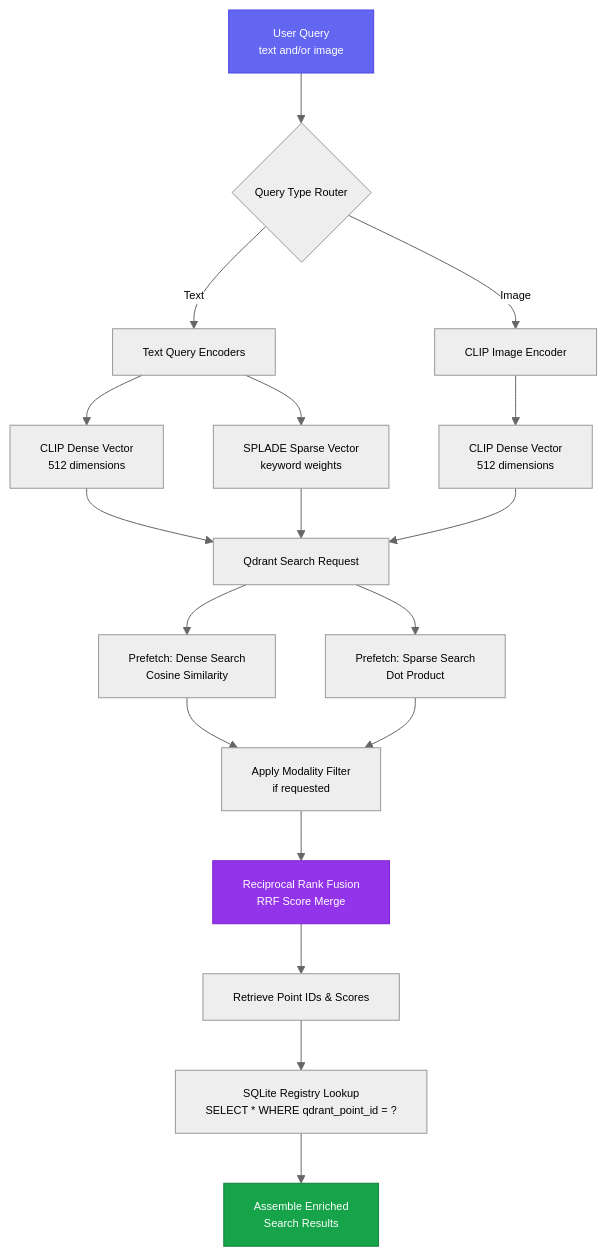
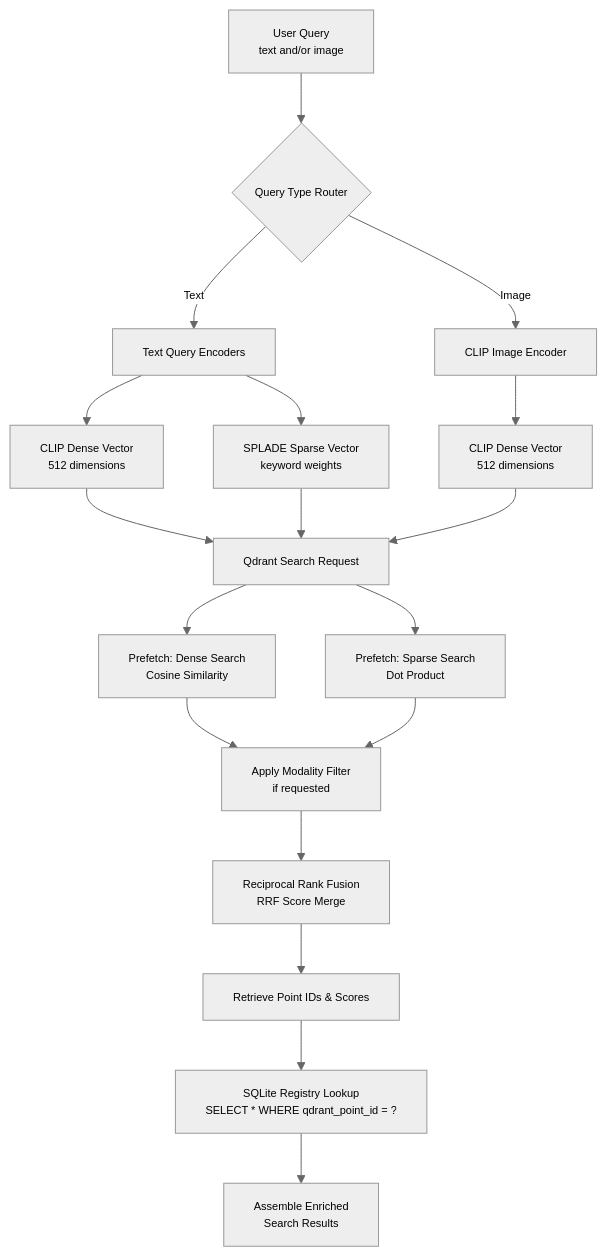
The second of 4 diagrams in workflow/pipeline_flow.md (the-write-path-code/ch06-multimodal-perception), drawn with Mermaid before and after one commit. The commit also changed other lines of this file, not shown here.

First line of the commit message:
Remove styling details from pipeline_flow.md

````diff
--- a/workflow/pipeline_flow.md
+++ b/workflow/pipeline_flow.md
@@ -83,40 +83,36 @@
 ```mermaid
 %%{init: {"theme": "neutral", "themeVariables": {"fontFamily": "Arial, Helvetica, sans-serif", "fontSize": "11px", "actorFontSize": "11px", "noteFontSize": "10px", "messageFontSize": "10px"}}}%%
 graph TD
     %% Query Inputs
     UserQuery["User Query<br/>text and/or image"] --> QueryDispatcher{"Query Type Router"}
     
     %% Text route
     QueryDispatcher -->|Text| TextEncoder["Text Query Encoders"]
     TextEncoder --> DenseText["CLIP Dense Vector<br/>512 dimensions"]
     TextEncoder --> SparseText["SPLADE Sparse Vector<br/>keyword weights"]
     
     %% Image route
     QueryDispatcher -->|Image| ImageEncoder["CLIP Image Encoder"]
     ImageEncoder --> DenseImage["CLIP Dense Vector<br/>512 dimensions"]
     
     %% Qdrant Query
     DenseText & SparseText & DenseImage --> QdrantSearch["Qdrant Search Request"]
     
     %% Fusion and Filtering
     QdrantSearch --> PrefetchDense["Prefetch: Dense Search<br/>Cosine Similarity"]
     QdrantSearch --> PrefetchSparse["Prefetch: Sparse Search<br/>Dot Product"]
     
     %% Modality filtering
     PrefetchDense & PrefetchSparse --> FilterModality["Apply Modality Filter<br/>if requested"]
     
     %% Fusion
     FilterModality --> RRFFusion["Reciprocal Rank Fusion<br/>RRF Score Merge"]
     
     %% Registry join
     RRFFusion --> MatchPoints["Retrieve Point IDs & Scores"]
     MatchPoints --> RegistryLookup["SQLite Registry Lookup<br/>SELECT * WHERE qdrant_point_id = ?"]
     
     %% Enriched results
     RegistryLookup --> JoinOutput["Assemble Enriched<br/>Search Results"]
 
-    %% Styling
-    style UserQuery fill:#6366f1,color:#fff,stroke:#4f46e5
-    style RRFFusion fill:#9333ea,color:#fff,stroke:#7e22ce
-    style JoinOutput fill:#16a34a,color:#fff,stroke:#15803d
 ```
````
